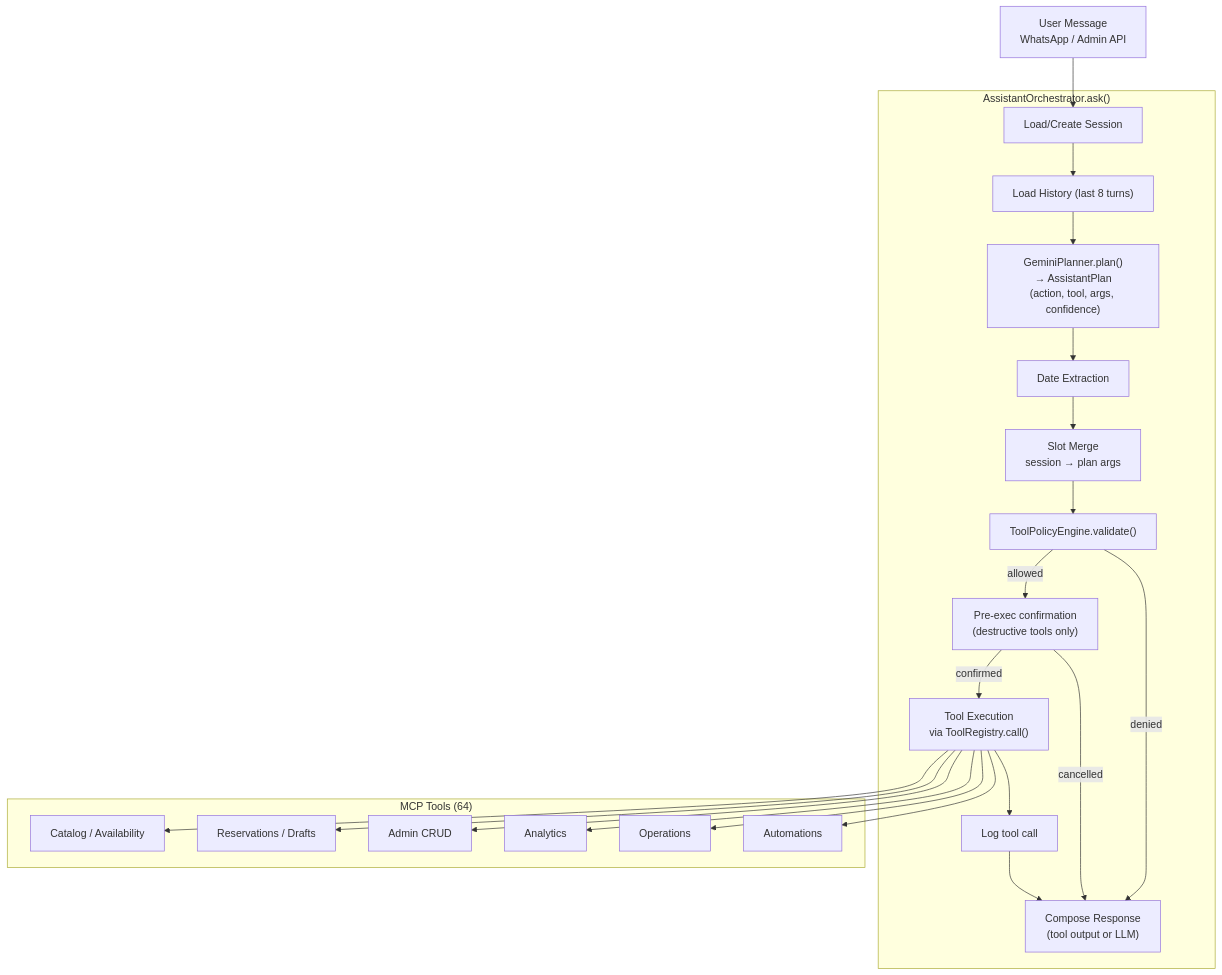
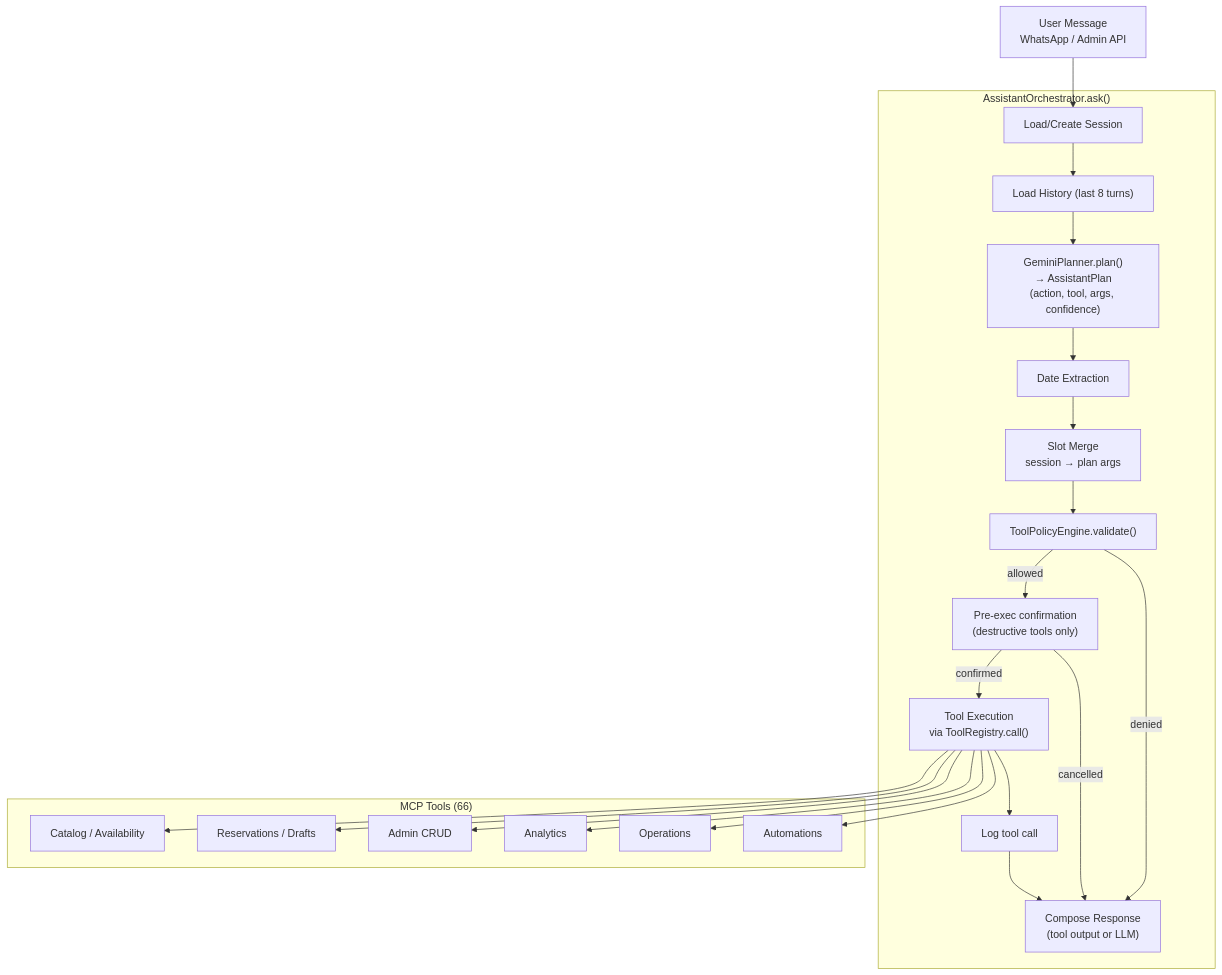
The diagram in docs/architecture/AI.md (tumbergia/lajuana), drawn with Mermaid before and after one commit. The commit also changed other lines of this file and 42 other files, not shown here.

First line of the commit message:
feat: RAG knowledge base with MCP tools and WhatsApp catalog

````diff
--- a/docs/architecture/AI.md
+++ b/docs/architecture/AI.md
@@ -7,45 +9,45 @@
 ```mermaid
 flowchart TD
     UM["User Message<br/>WhatsApp / Admin API"]
 
     subgraph Orchestrator["AssistantOrchestrator.ask()"]
         S["Load/Create Session"]
         SH["Load History (last 8 turns)"]
         GP["GeminiPlanner.plan()<br/>→ AssistantPlan<br/>(action, tool, args, confidence)"]
         DE["Date Extraction"]
         SM["Slot Merge<br/>session → plan args"]
         PE["ToolPolicyEngine.validate()"]
         PC["Pre-exec confirmation<br/>(destructive tools only)"]
         TE["Tool Execution<br/>via ToolRegistry.call()"]
         TL["Log tool call"]
         CR["Compose Response<br/>(tool output or LLM)"]
     end
 
-    subgraph Tools["MCP Tools (64)"]
+    subgraph Tools["MCP Tools (66)"]
         CA["Catalog / Availability"]
         RS["Reservations / Drafts"]
         AD["Admin CRUD"]
         AN["Analytics"]
         OP["Operations"]
         AU["Automations"]
     end
 
     UM --> S
     S --> SH
     SH --> GP
     GP --> DE
     DE --> SM
     SM --> PE
     PE -->|allowed| PC
     PE -->|denied| CR
     PC -->|confirmed| TE
     PC -->|cancelled| CR
     TE --> TL
     TL --> CR
     TE --> CA
     TE --> RS
     TE --> AD
     TE --> AN
     TE --> OP
     TE --> AU
 ```
````
